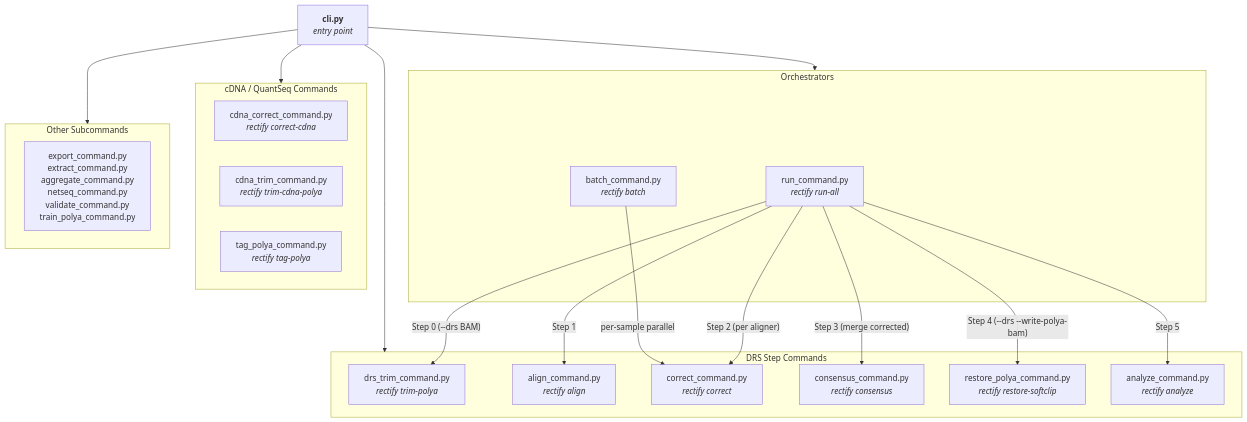
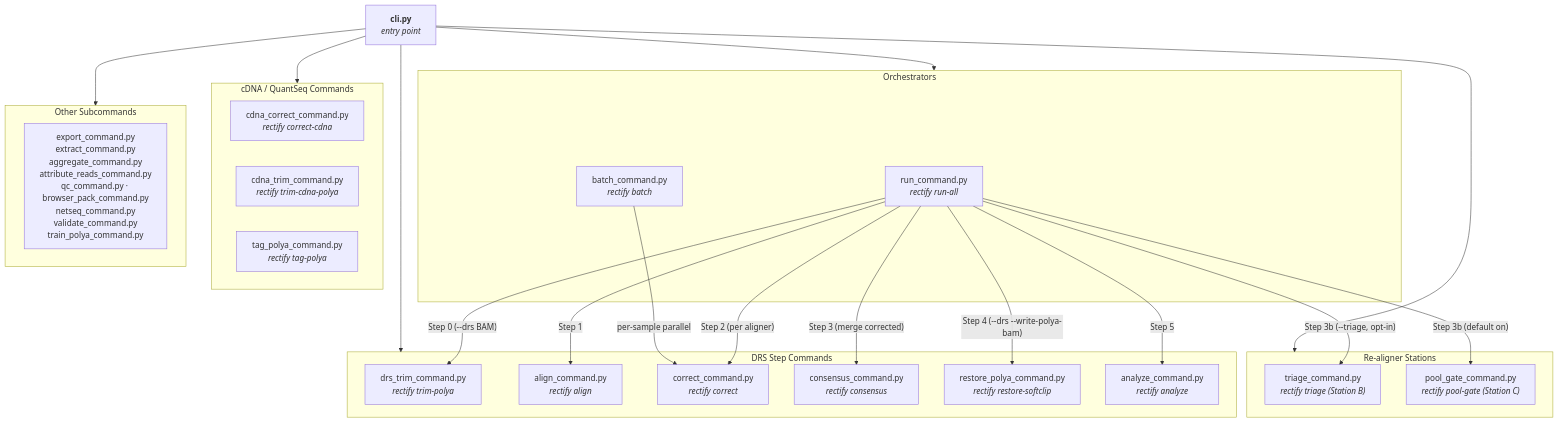
One commit to k-roy/RECTIFY changed the first of 2 diagrams in docs/ARCHITECTURE.md. Above: the diagram before and after it, drawn with Mermaid. The commit also changed other lines of this file and 19 other files, not shown here.

````diff
--- a/docs/ARCHITECTURE.md
+++ b/docs/ARCHITECTURE.md
@@ -353,54 +531,62 @@
 ```mermaid
 %%{init: {
   'theme': 'default',
   'themeVariables': {
     'fontFamily': 'Inter, "Helvetica Neue", Helvetica, Arial, sans-serif',
     'fontSize': '16px'
   },
   'flowchart': {
     'nodeSpacing': 55,
     'rankSpacing': 55,
     'padding': 12
   }
 }}%%
 flowchart TD
     CLI["<b>cli.py</b><br/><i>entry point</i>"]
 
     subgraph orchestrators["Orchestrators"]
         RC["run_command.py<br/><i>rectify run-all</i>"]
         BC["batch_command.py<br/><i>rectify batch</i>"]
     end
 
     subgraph drs_commands["DRS Step Commands"]
         TC["drs_trim_command.py<br/><i>rectify trim-polya</i>"]
         AL["align_command.py<br/><i>rectify align</i>"]
         CC["correct_command.py<br/><i>rectify correct</i>"]
         CON["consensus_command.py<br/><i>rectify consensus</i>"]
         RSC["restore_polya_command.py<br/><i>rectify restore-softclip</i>"]
         AC["analyze_command.py<br/><i>rectify analyze</i>"]
     end
 
     subgraph cdna_commands["cDNA / QuantSeq Commands"]
         CDNA["cdna_correct_command.py<br/><i>rectify correct-cdna</i>"]
         CTRIM["cdna_trim_command.py<br/><i>rectify trim-cdna-polya</i>"]
         TPOL["tag_polya_command.py<br/><i>rectify tag-polya</i>"]
     end
 
+    subgraph station_commands["Re-aligner Stations"]
+        TRIC["triage_command.py<br/><i>rectify triage (Station B)</i>"]
+        PGC["pool_gate_command.py<br/><i>rectify pool-gate (Station C)</i>"]
+    end
+
     subgraph utilities["Other Subcommands"]
-        EX["export_command.py<br/>extract_command.py<br/>aggregate_command.py<br/>netseq_command.py<br/>validate_command.py<br/>train_polya_command.py"]
+        EX["export_command.py<br/>extract_command.py<br/>aggregate_command.py<br/>attribute_reads_command.py<br/>qc_command.py · browser_pack_command.py<br/>netseq_command.py<br/>validate_command.py<br/>train_polya_command.py"]
     end
 
     CLI --> orchestrators
     CLI --> drs_commands
     CLI --> cdna_commands
+    CLI --> station_commands
     CLI --> utilities
 
     RC -->|"Step 0 (--drs BAM)"| TC
     RC -->|"Step 1"| AL
     RC -->|"Step 2 (per aligner)"| CC
     RC -->|"Step 3 (merge corrected)"| CON
+    RC -->|"Step 3b (--triage, opt-in)"| TRIC
+    RC -->|"Step 3b (default on)"| PGC
     RC -->|"Step 4 (--drs --write-polya-bam)"| RSC
     RC -->|"Step 5"| AC
 
     BC -->|"per-sample parallel"| CC
 ```
````
